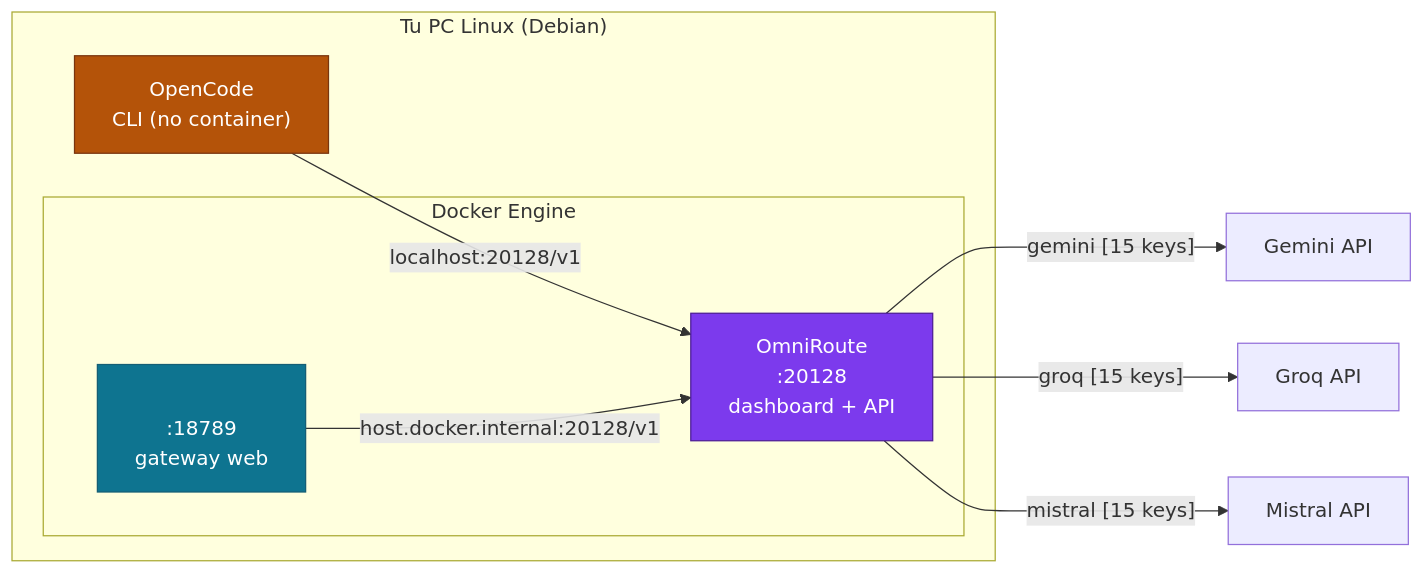
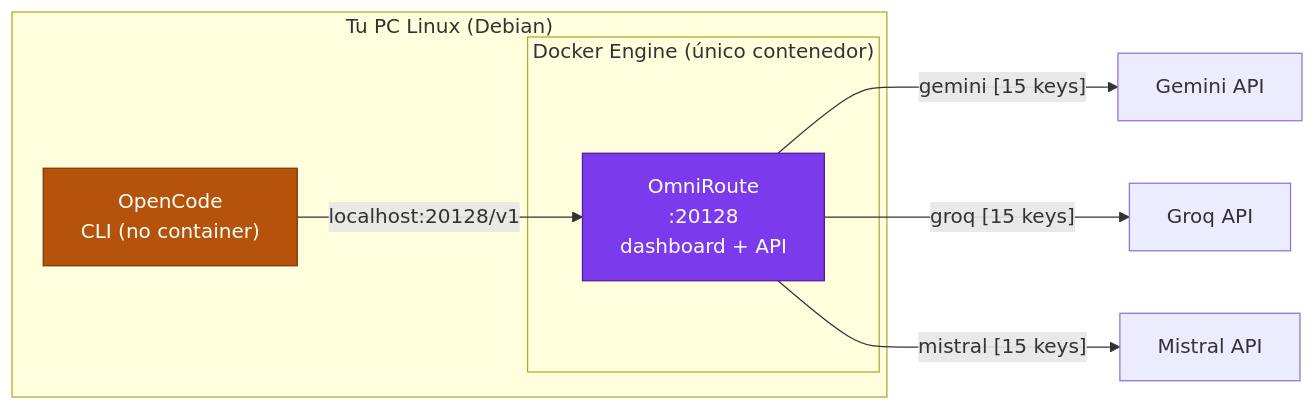
Before and after one commit to Payan3521/ENVIRONMENT-IA: the second of 2 diagrams in docs/arquitectura.md, drawn with Mermaid. The commit also changed other lines of this file and 10 other files, not shown here.

````diff
--- a/docs/arquitectura.md
+++ b/docs/arquitectura.md
@@ -81,21 +69,18 @@
 ```mermaid
 flowchart LR
     subgraph Host["Tu PC Linux (Debian)"]
-        subgraph Docker["Docker Engine"]
-            OR["OmniRoute<br/>:20128</br>dashboard + API"]
-            OW["<br/>:18789<br/>gateway web"]
+        subgraph Docker["Docker Engine (único contenedor)"]
+            OR["OmniRoute<br/>:20128<br/>dashboard + API"]
         end
         OC["OpenCode<br/>CLI (no container)"]
     end
 
     OC -->|"localhost:20128/v1"| OR
-    OW -->|"host.docker.internal:20128/v1"| OR
 
     OR -->|"gemini [15 keys]"| G["Gemini API"]
     OR -->|"groq [15 keys]"| GR["Groq API"]
     OR -->|"mistral [15 keys]"| M["Mistral API"]
 
     style OR fill:#7c3aed,color:#fff,stroke:#4c1d95
-    style OW fill:#0e7490,color:#fff,stroke:#155e75
     style OC fill:#b45309,color:#fff,stroke:#78350f
 ```
````
